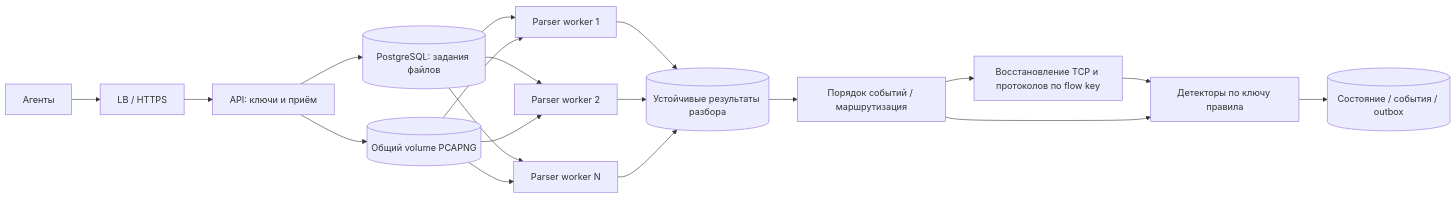
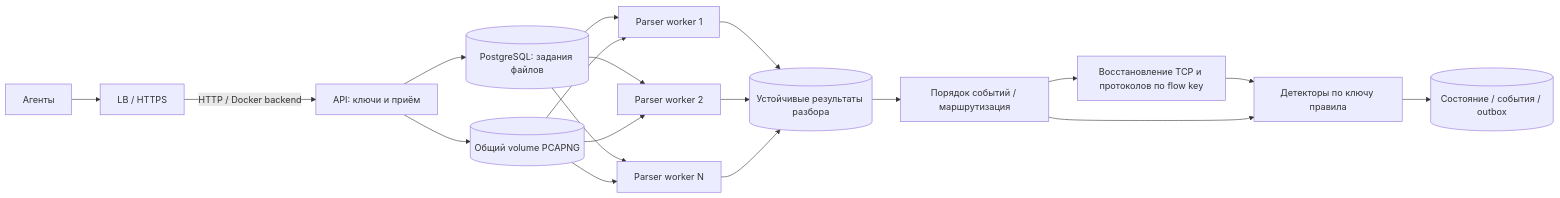
Before and after one commit to Cakecrisps/NFDetector: the diagram in docs/agent-server.md, drawn with Mermaid. The commit also changed other lines of this file and 30 other files, not shown here.

````diff
--- a/docs/agent-server.md
+++ b/docs/agent-server.md
@@ -14,21 +17,21 @@
 ```mermaid
 flowchart LR
     A[Агенты] --> LB[LB / HTTPS]
-    LB --> API[API: ключи и приём]
+    LB -->|HTTP / Docker backend| API[API: ключи и приём]
     API --> PCAP[(Общий volume PCAPNG)]
     API --> Q[(PostgreSQL: задания файлов)]
     Q --> W1[Parser worker 1]
     Q --> W2[Parser worker 2]
     Q --> WN[Parser worker N]
     PCAP --> W1
     PCAP --> W2
     PCAP --> WN
     W1 --> E[(Устойчивые результаты разбора)]
     W2 --> E
     WN --> E
     E --> O[Порядок событий / маршрутизация]
     O --> F[Восстановление TCP и протоколов по flow key]
     F --> D[Детекторы по ключу правила]
     O --> D
     D --> R[(Состояние / события / outbox)]
 ```
````
